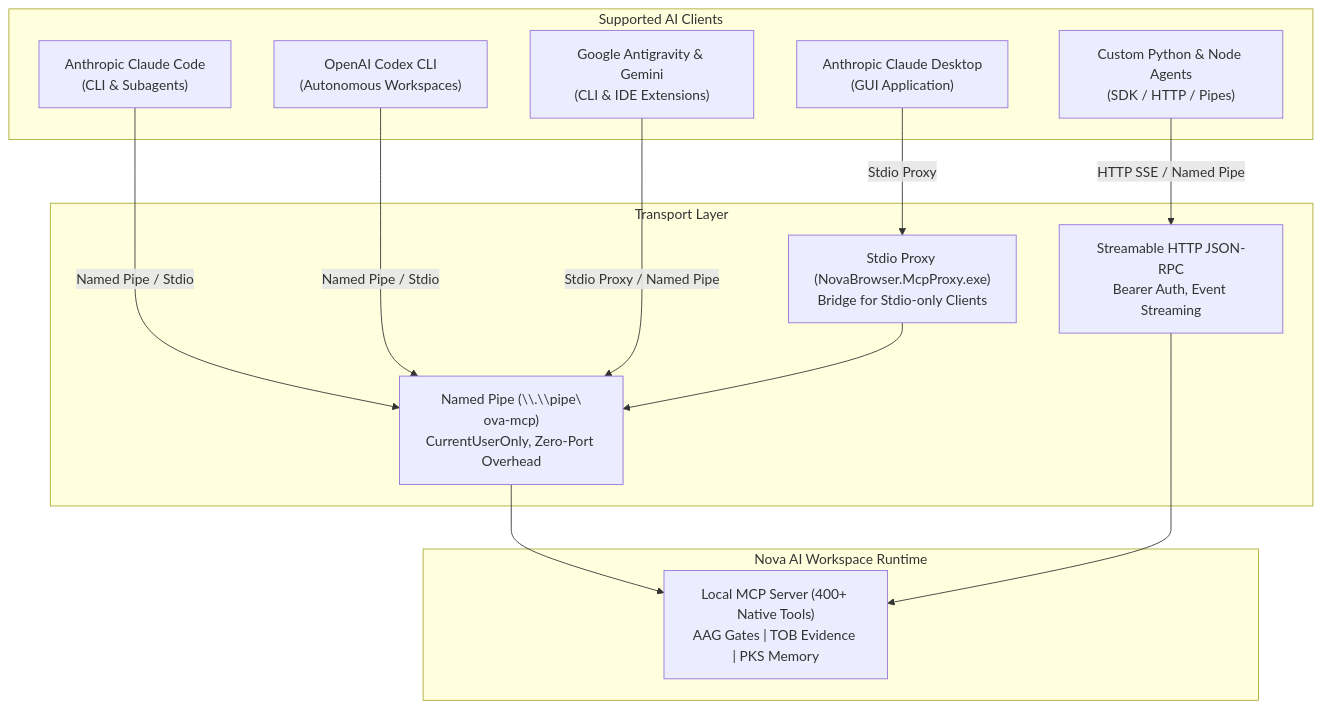
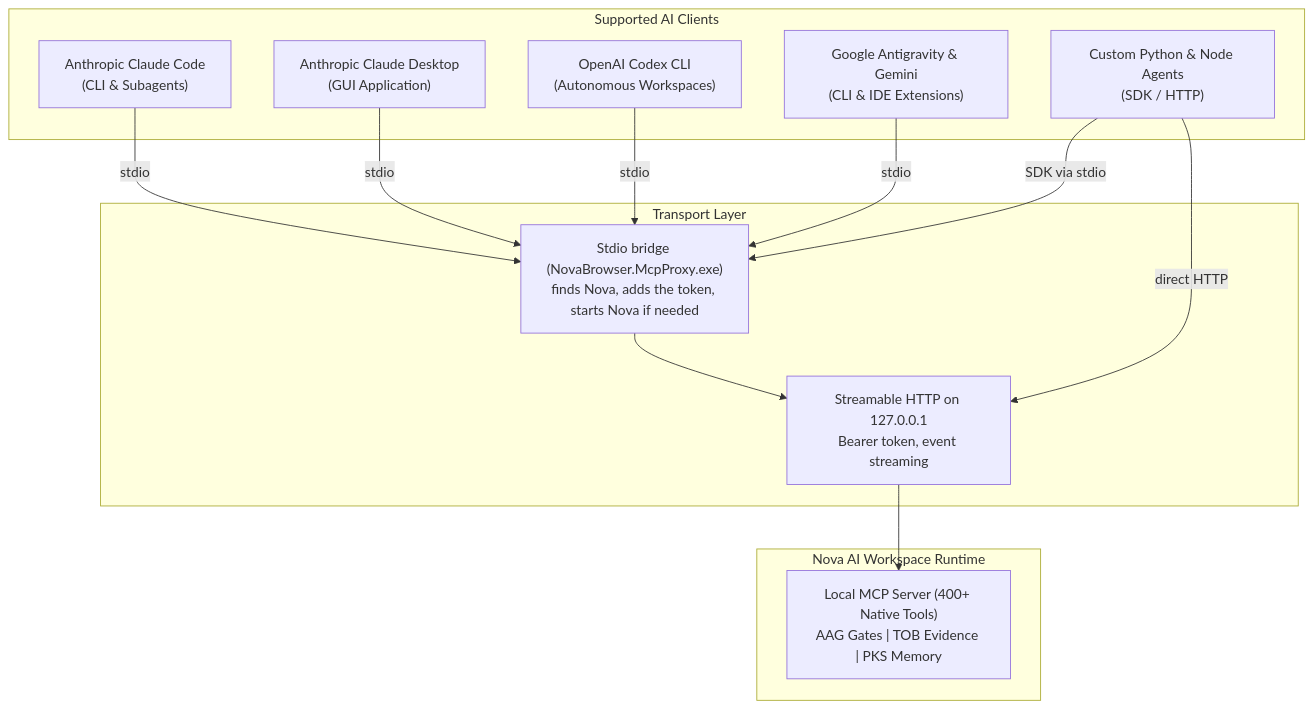
The diagram in docs/integration/README.md (joelaniol/nova), drawn with Mermaid before and after one commit. The commit also changed other lines of this file and 50 other files, not shown here.

Commit message:
docs: connection guides match the real transport (stdio bridge + local HTTP), tool tables without status column, broken characters fixed

````diff
--- a/docs/integration/README.md
+++ b/docs/integration/README.md
@@ -11,30 +11,29 @@
 ```mermaid
 flowchart TD
     subgraph Clients["Supported AI Clients"]
         CC["Anthropic Claude Code<br>(CLI & Subagents)"]
         CD["Anthropic Claude Desktop<br>(GUI Application)"]
         Codex["OpenAI Codex CLI<br>(Autonomous Workspaces)"]
         AGY["Google Antigravity & Gemini<br>(CLI & IDE Extensions)"]
-        Custom["Custom Python & Node Agents<br>(SDK / HTTP / Pipes)"]
+        Custom["Custom Python & Node Agents<br>(SDK / HTTP)"]
     end
 
     subgraph Transports["Transport Layer"]
-        Pipe["Named Pipe (\\.\\pipe\\nova-mcp)<br>CurrentUserOnly, Zero-Port Overhead"]
-        Stdio["Stdio Proxy (NovaBrowser.McpProxy.exe)<br>Bridge for Stdio-only Clients"]
-        Http["Streamable HTTP JSON-RPC<br>Bearer Auth, Event Streaming"]
+        Stdio["Stdio bridge (NovaBrowser.McpProxy.exe)<br>finds Nova, adds the token, starts Nova if needed"]
+        Http["Streamable HTTP on 127.0.0.1<br>Bearer token, event streaming"]
     end
 
     subgraph Server["Nova AI Workspace Runtime"]
         Core["Local MCP Server (400+ Native Tools)<br>AAG Gates | TOB Evidence | PKS Memory"]
     end
 
-    CC -->|Named Pipe / Stdio| Pipe
-    CD -->|Stdio Proxy| Stdio
-    Codex -->|Named Pipe / Stdio| Pipe
-    AGY -->|Stdio Proxy / Named Pipe| Pipe
-    Custom -->|HTTP SSE / Named Pipe| Http
+    CC -->|stdio| Stdio
+    CD -->|stdio| Stdio
+    Codex -->|stdio| Stdio
+    AGY -->|stdio| Stdio
+    Custom -->|SDK via stdio| Stdio
+    Custom -->|direct HTTP| Http
 
-    Pipe --> Core
-    Stdio --> Pipe
+    Stdio --> Http
     Http --> Core
 ```
````
